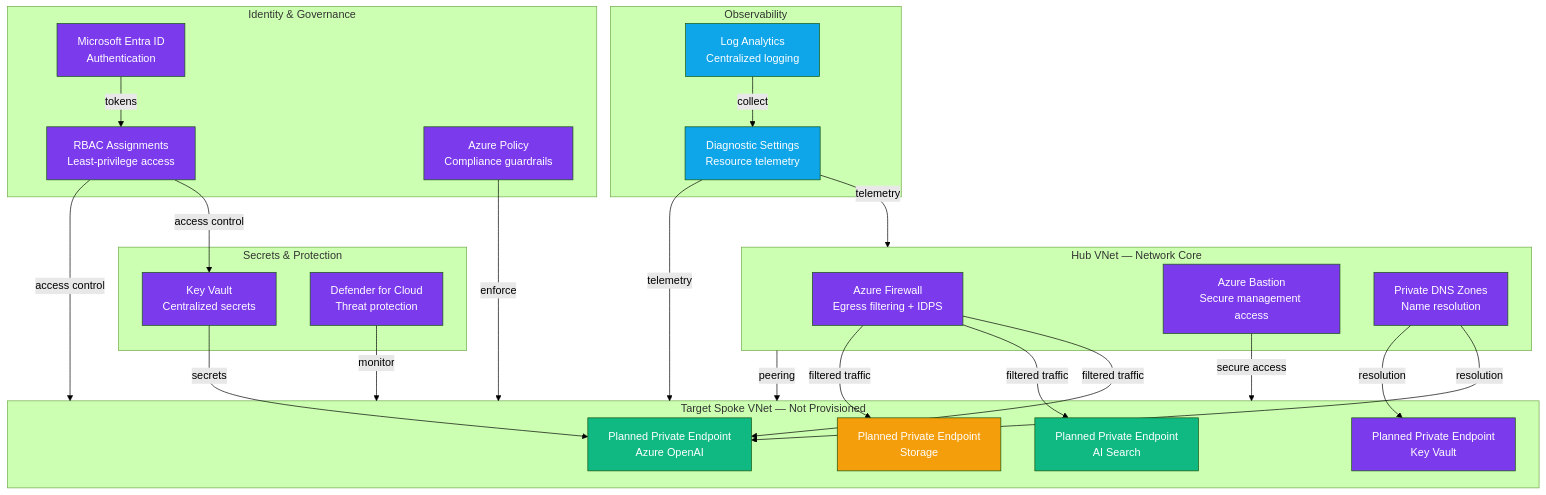
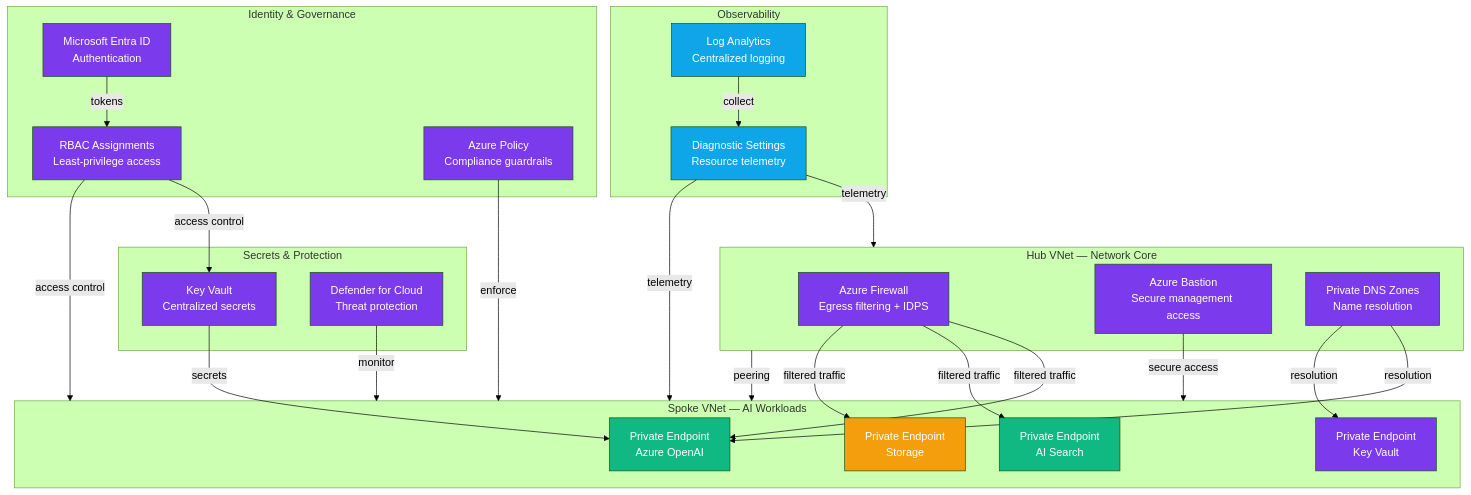
Before and after one commit to frootai/frootai: the diagram in solution-plays/02-ai-landing-zone/README.md, drawn with Mermaid (forest theme). The commit also changed other lines of this file and 108 other files, not shown here.

````diff
--- a/solution-plays/02-ai-landing-zone/README.md
+++ b/solution-plays/02-ai-landing-zone/README.md
@@ -23,63 +23,63 @@
 ```mermaid
 graph TB
     subgraph Hub["Hub VNet — Network Core"]
         FW[Azure Firewall<br/>Egress filtering + IDPS]
         BAS[Azure Bastion<br/>Secure management access]
         DNS[Private DNS Zones<br/>Name resolution]
     end
 
-    subgraph Spoke["Target Spoke VNet — Not Provisioned"]
-        PE_AOI[Planned Private Endpoint<br/>Azure OpenAI]
-        PE_SEARCH[Planned Private Endpoint<br/>AI Search]
-        PE_STOR[Planned Private Endpoint<br/>Storage]
-        PE_KV[Planned Private Endpoint<br/>Key Vault]
+    subgraph Spoke["Spoke VNet — AI Workloads"]
+        PE_AOI[Private Endpoint<br/>Azure OpenAI]
+        PE_SEARCH[Private Endpoint<br/>AI Search]
+        PE_STOR[Private Endpoint<br/>Storage]
+        PE_KV[Private Endpoint<br/>Key Vault]
     end
 
     subgraph Identity["Identity & Governance"]
         ENTRA[Microsoft Entra ID<br/>Authentication]
         RBAC[RBAC Assignments<br/>Least-privilege access]
         POLICY[Azure Policy<br/>Compliance guardrails]
     end
 
     subgraph Security["Secrets & Protection"]
         KV[Key Vault<br/>Centralized secrets]
         DEF[Defender for Cloud<br/>Threat protection]
     end
 
     subgraph Monitoring["Observability"]
         LA[Log Analytics<br/>Centralized logging]
         DIAG[Diagnostic Settings<br/>Resource telemetry]
     end
 
     Hub -->|peering| Spoke
     FW -->|filtered traffic| PE_AOI
     FW -->|filtered traffic| PE_SEARCH
     FW -->|filtered traffic| PE_STOR
     BAS -->|secure access| Spoke
     DNS -->|resolution| PE_AOI
     DNS -->|resolution| PE_KV
     ENTRA -->|tokens| RBAC
     RBAC -->|access control| KV
     RBAC -->|access control| Spoke
     POLICY -->|enforce| Spoke
     DEF -->|monitor| Spoke
     KV -->|secrets| PE_AOI
     LA -->|collect| DIAG
     DIAG -->|telemetry| Hub
     DIAG -->|telemetry| Spoke
 
     style FW fill:#7c3aed,color:#fff
     style BAS fill:#7c3aed,color:#fff
     style DNS fill:#7c3aed,color:#fff
     style PE_AOI fill:#10b981,color:#fff
     style PE_SEARCH fill:#10b981,color:#fff
     style PE_STOR fill:#f59e0b,color:#fff
     style PE_KV fill:#7c3aed,color:#fff
     style ENTRA fill:#7c3aed,color:#fff
     style RBAC fill:#7c3aed,color:#fff
     style POLICY fill:#7c3aed,color:#fff
     style KV fill:#7c3aed,color:#fff
     style DEF fill:#7c3aed,color:#fff
     style LA fill:#0ea5e9,color:#fff
     style DIAG fill:#0ea5e9,color:#fff
 ```
````
